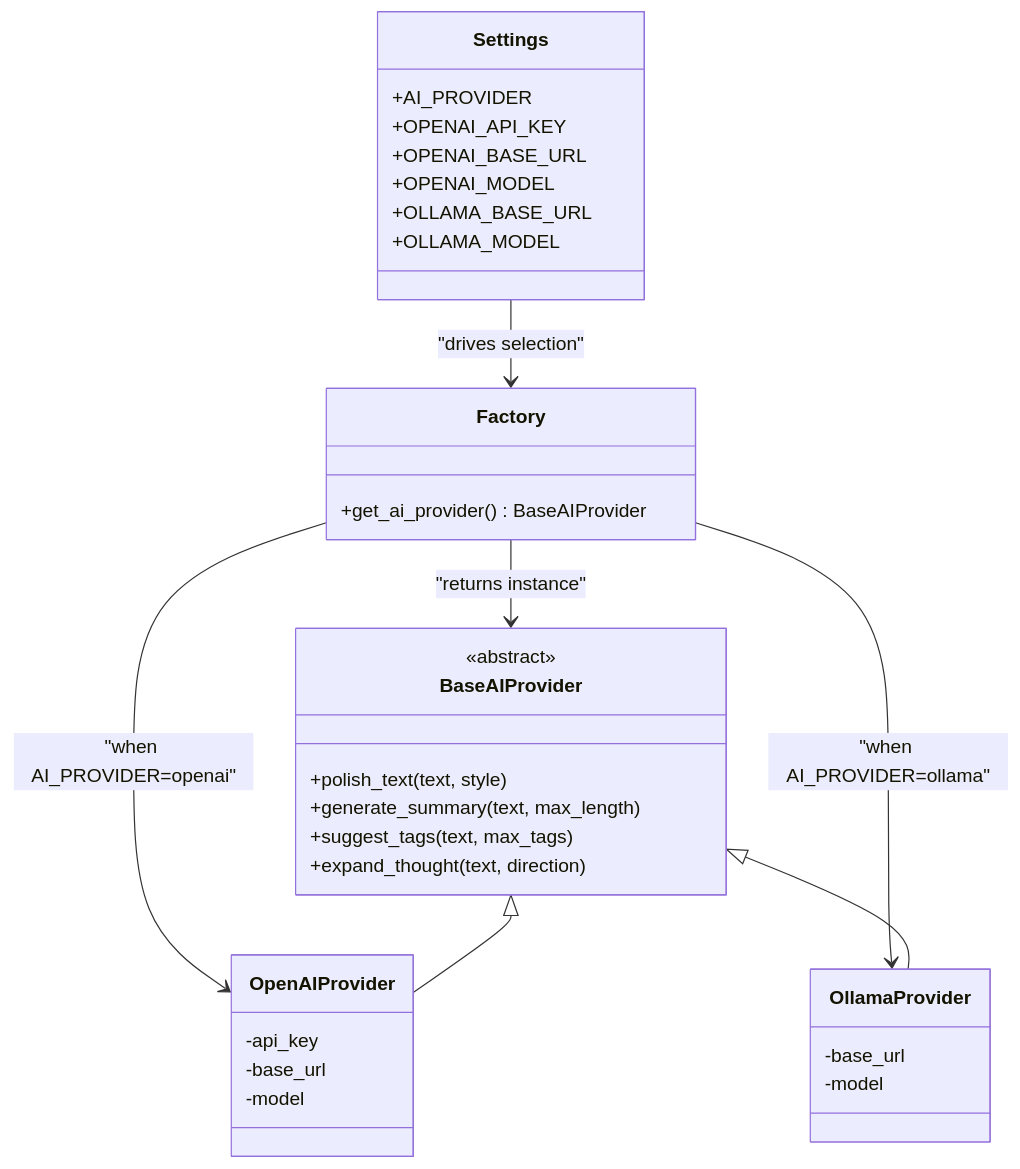
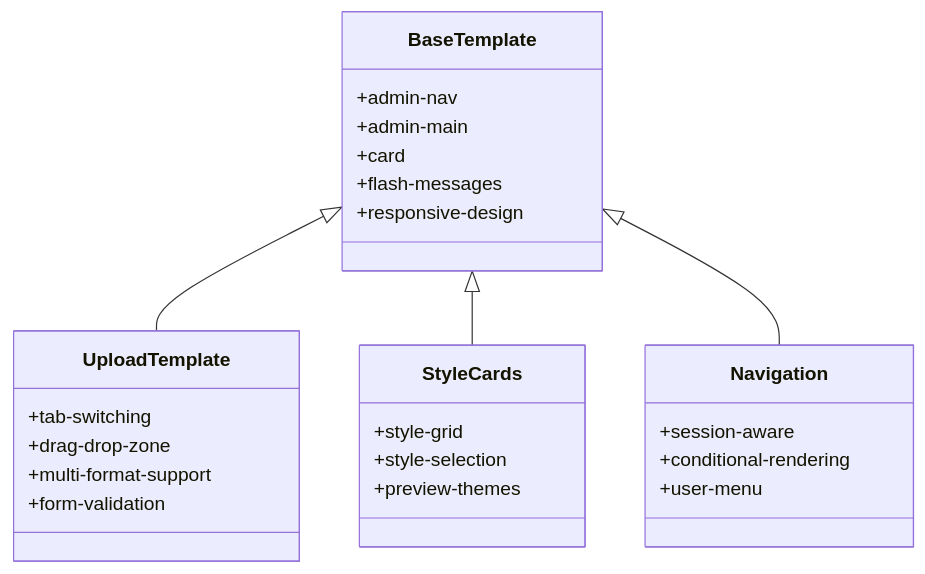
The sixth of 8 diagrams in .qoder/repowiki/en/content/Backend Application/Application Architecture.md (PolarisW007/PolaZhenJing), drawn with Mermaid before and after one commit. The commit also changed other lines of this file and 153 other files, not shown here.

````diff
--- a/.qoder/repowiki/en/content/Backend Application/Application Architecture.md
+++ b/.qoder/repowiki/en/content/Backend Application/Application Architecture.md
@@ -341,36 +239,29 @@
 ```mermaid
 classDiagram
-class Settings {
-+AI_PROVIDER
-+OPENAI_API_KEY
-+OPENAI_BASE_URL
-+OPENAI_MODEL
-+OLLAMA_BASE_URL
-+OLLAMA_MODEL
+class BaseTemplate {
++admin-nav
++admin-main
++card
++flash-messages
++responsive-design
 }
-class BaseAIProvider {
-<<abstract>>
-+polish_text(text, style)
-+generate_summary(text, max_length)
-+suggest_tags(text, max_tags)
-+expand_thought(text, direction)
+class UploadTemplate {
++tab-switching
++drag-drop-zone
++multi-format-support
++form-validation
 }
-class OpenAIProvider {
--api_key
--base_url
--model
+class StyleCards {
++style-grid
++style-selection
++preview-themes
 }
-class OllamaProvider {
--base_url
--model
+class Navigation {
++session-aware
++conditional-rendering
++user-menu
 }
-class Factory {
-+get_ai_provider() BaseAIProvider
-}
-Settings --> Factory : "drives selection"
-Factory --> BaseAIProvider : "returns instance"
-Factory --> OpenAIProvider : "when AI_PROVIDER=openai"
-Factory --> OllamaProvider : "when AI_PROVIDER=ollama"
-BaseAIProvider <|-- OpenAIProvider
-BaseAIProvider <|-- OllamaProvider
+BaseTemplate <|-- UploadTemplate
+BaseTemplate <|-- StyleCards
+BaseTemplate <|-- Navigation
 ```
````
